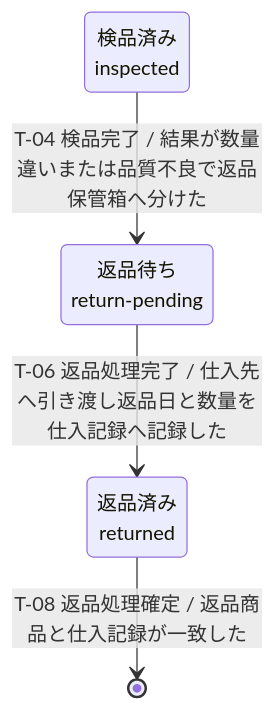
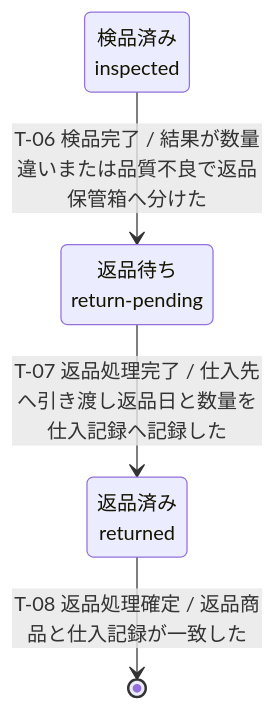
Before and after one commit to specdojo/specdojo: the second of 2 diagrams in docs/ja/specdojo/samples/stsd-sample.md, drawn with Mermaid. The commit also changed other lines of this file and 5 other files, not shown here.

Commit message:
exec(register PJR-CY0S): stsd-sample の遷移 ID を図と表の順に振り直す

````diff
--- a/docs/ja/specdojo/samples/stsd-sample.md
+++ b/docs/ja/specdojo/samples/stsd-sample.md
@@ -71,9 +71,9 @@
 ```mermaid
 stateDiagram-v2
   state "検品済み<br>inspected" as inspected
   state "返品待ち<br>return-pending" as return_pending
   state "返品済み<br>returned" as returned
-  inspected --> return_pending : T-04 検品完了 / 結果が数量違いまたは品質不良で返品保管箱へ分けた
-  return_pending --> returned : T-06 返品処理完了 / 仕入先へ引き渡し返品日と数量を仕入記録へ記録した
+  inspected --> return_pending : T-06 検品完了 / 結果が数量違いまたは品質不良で返品保管箱へ分けた
+  return_pending --> returned : T-07 返品処理完了 / 仕入先へ引き渡し返品日と数量を仕入記録へ記録した
   returned --> [*] : T-08 返品処理確定 / 返品商品と仕入記録が一致した
 ```
````
